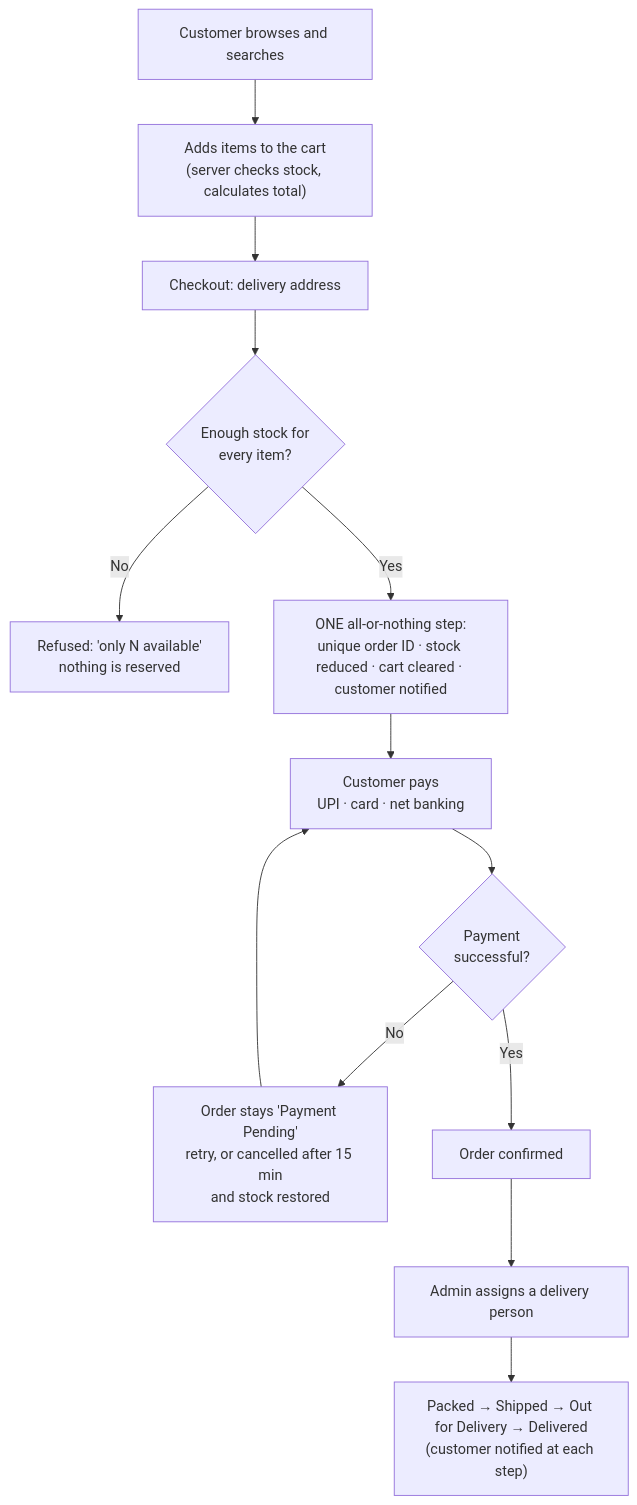
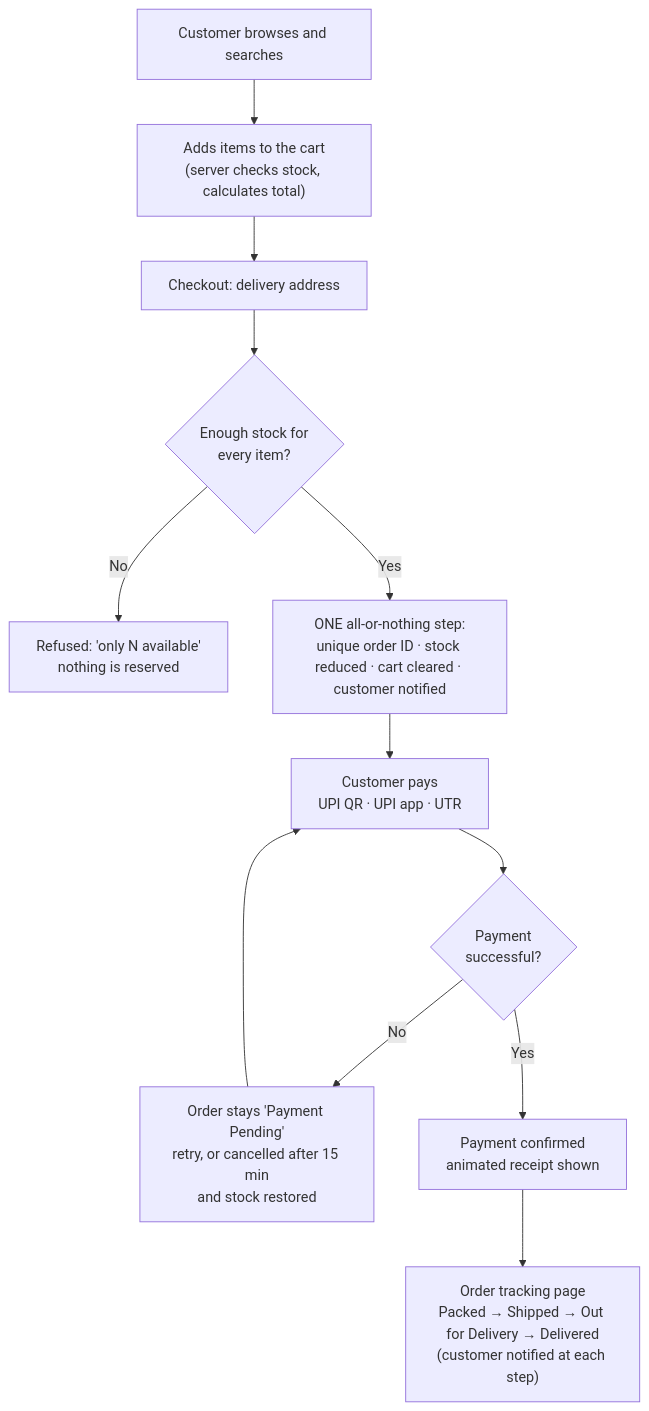
Before and after one commit to Aniket886/Grocify: the third of 4 diagrams in README.md, drawn with Mermaid. The commit also changed other lines of this file, not shown here.

````diff
--- a/README.md
+++ b/README.md
@@ -354,15 +451,14 @@
 ```mermaid
 flowchart TD
   A["Customer browses and searches"] --> B["Adds items to the cart<br/>(server checks stock, calculates total)"]
   B --> C["Checkout: delivery address"]
   C --> D{"Enough stock for<br/>every item?"}
   D -- No --> E["Refused: 'only N available'<br/>nothing is reserved"]
   D -- Yes --> F["ONE all-or-nothing step:<br/>unique order ID · stock reduced · cart cleared · customer notified"]
-  F --> G["Customer pays<br/>UPI · card · net banking"]
+  F --> G["Customer pays<br/>UPI QR · UPI app · UTR"]
   G --> H{"Payment<br/>successful?"}
   H -- No --> I["Order stays 'Payment Pending'<br/>retry, or cancelled after 15 min<br/>and stock restored"]
   I --> G
-  H -- Yes --> J["Order confirmed"]
-  J --> K["Admin assigns a delivery person"]
-  K --> L["Packed → Shipped → Out for Delivery → Delivered<br/>(customer notified at each step)"]
+  H -- Yes --> J["Payment confirmed<br/>animated receipt shown"]
+  J --> K["Order tracking page<br/>Packed → Shipped → Out for Delivery → Delivered<br/>(customer notified at each step)"]
 ```
````
